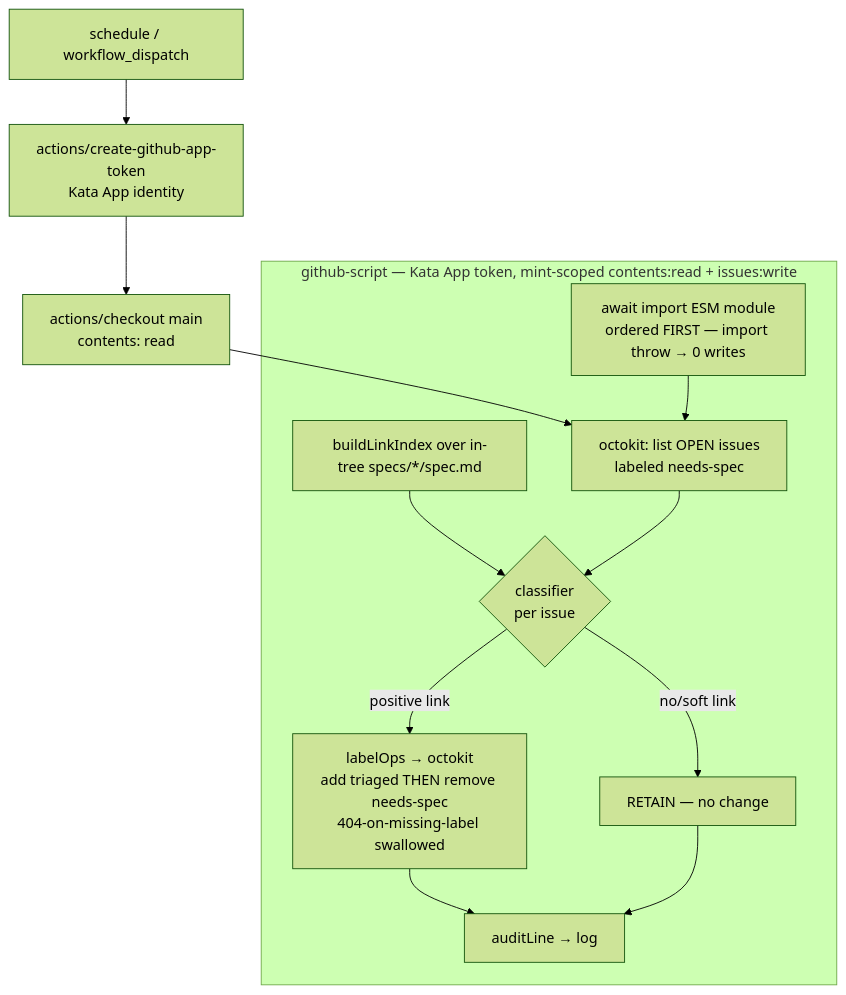
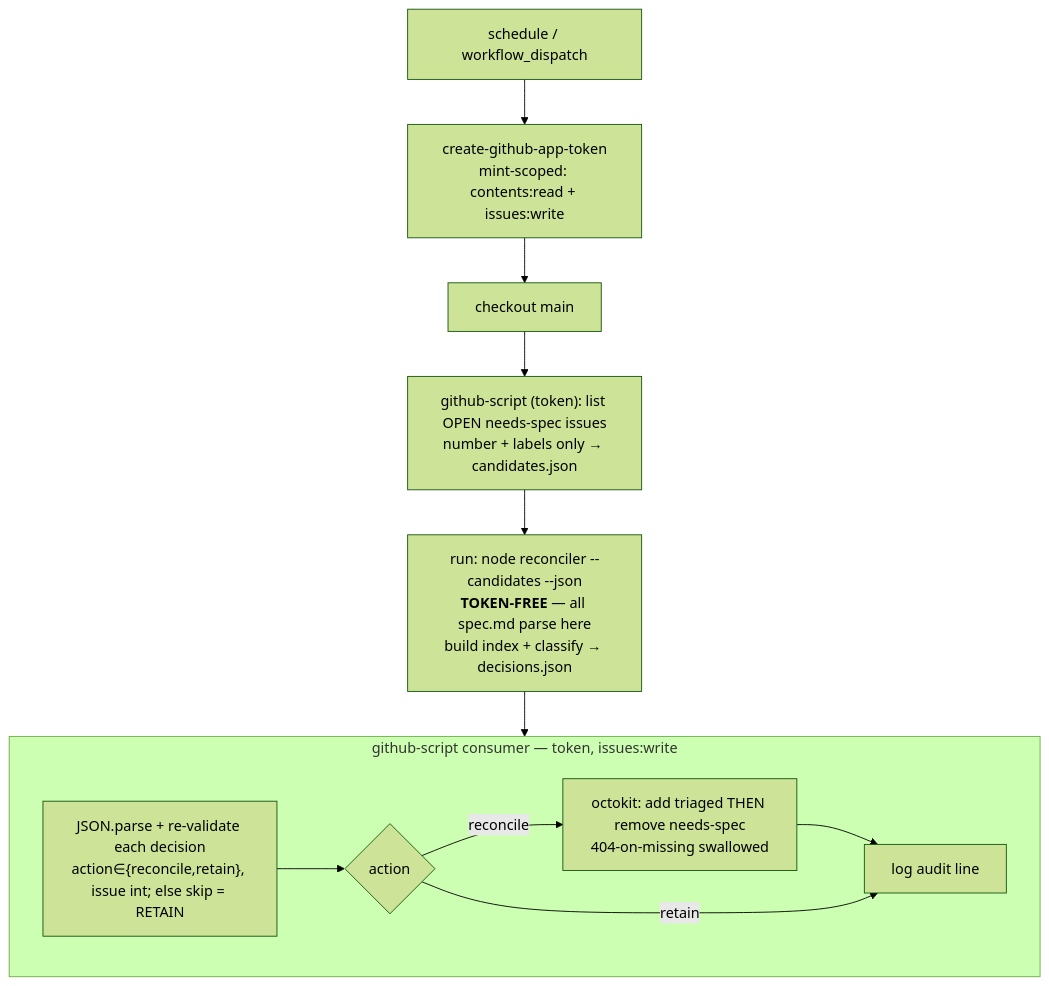
The diagram in specs/270-needs-spec-reconciler/design-a.md (forwardimpact/bionova-apps), drawn with Mermaid (forest theme) before and after one commit. The commit also changed other lines of this file, not shown here.

First line of the commit message:
design(270): adopt security-preferred token-free trust-split + seated sign-off

````diff
--- a/specs/270-needs-spec-reconciler/design-a.md
+++ b/specs/270-needs-spec-reconciler/design-a.md
@@ -26,15 +26,12 @@
 ```mermaid
 flowchart TD
-  cron[schedule / workflow_dispatch] --> tok[actions/create-github-app-token<br/>Kata App identity]
-  tok --> co[actions/checkout main<br/>contents: read]
-  co --> list
-  subgraph gs [github-script — Kata App token, mint-scoped contents:read + issues:write]
-    imp[await import ESM module<br/>ordered FIRST — import throw → 0 writes] --> list
-    tree[buildLinkIndex over in-tree specs/*/spec.md] --> classify
-    list[octokit: list OPEN issues<br/>labeled needs-spec] --> classify
-    classify{classifier<br/>per issue} -->|positive link| mutate[labelOps → octokit<br/>add triaged THEN remove needs-spec<br/>404-on-missing-label swallowed]
-    classify -->|no/soft link| retain[RETAIN — no change]
-    mutate --> log[auditLine → log]
-    retain --> log
+  cron[schedule / workflow_dispatch] --> tok[create-github-app-token<br/>mint-scoped: contents:read + issues:write]
+  tok --> co[checkout main] --> L
+  L["github-script (token): list OPEN needs-spec issues<br/>number + labels only → candidates.json"] --> C
+  C["run: node reconciler --candidates --json<br/><b>TOKEN-FREE</b> — all spec.md parse here<br/>build index + classify → decisions.json"] --> A
+  subgraph A [github-script consumer — token, issues:write]
+    v["JSON.parse + re-validate each decision<br/>action∈{reconcile,retain}, issue int; else skip = RETAIN"] --> ap
+    ap{action} -->|reconcile| mut["octokit: add triaged THEN remove needs-spec<br/>404-on-missing swallowed"] --> lg[log audit line]
+    ap -->|retain| lg
   end
 ```
````
